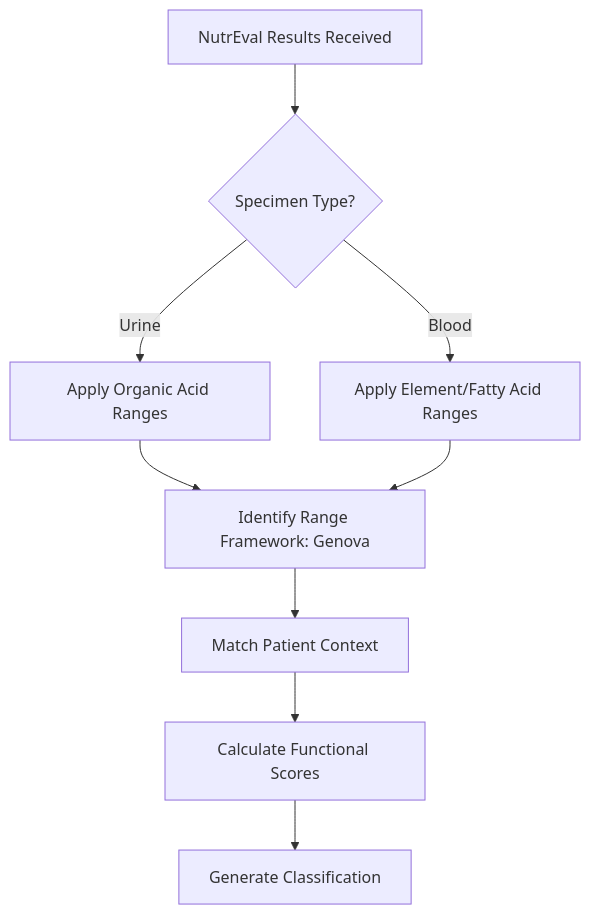
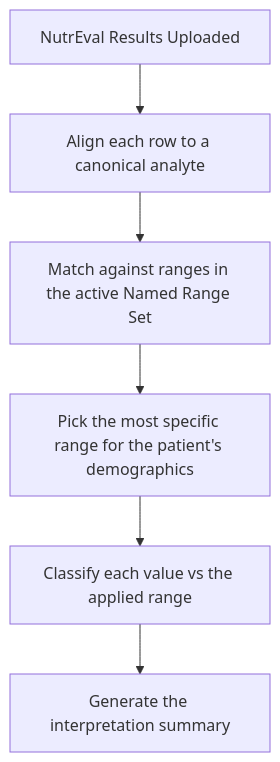
The diagram in docs/testing-methodologies/nutreval.md (Hulupeep/healthplus-help), drawn with Mermaid before and after one commit. The commit also changed other lines of this file, not shown here.

First line of the commit message:
docs: de-drift NutrEval page to real platform behavior (#35)

````diff
--- a/docs/testing-methodologies/nutreval.md
+++ b/docs/testing-methodologies/nutreval.md
@@ -141,11 +148,8 @@
 ```mermaid
 flowchart TD
-    A[NutrEval Results Received] --> B{Specimen Type?}
-    B -->|Urine| C[Apply Organic Acid Ranges]
-    B -->|Blood| D[Apply Element/Fatty Acid Ranges]
-    C --> E[Identify Range Framework: Genova]
-    D --> E
-    E --> F[Match Patient Context]
-    F --> G[Calculate Functional Scores]
-    G --> H[Generate Classification]
+    A[NutrEval Results Uploaded] --> B[Align each row to a canonical analyte]
+    B --> C[Match against ranges in the active Named Range Set]
+    C --> D[Pick the most specific range for the patient's demographics]
+    D --> E[Classify each value vs the applied range]
+    E --> F[Generate the interpretation summary]
 ```
````
